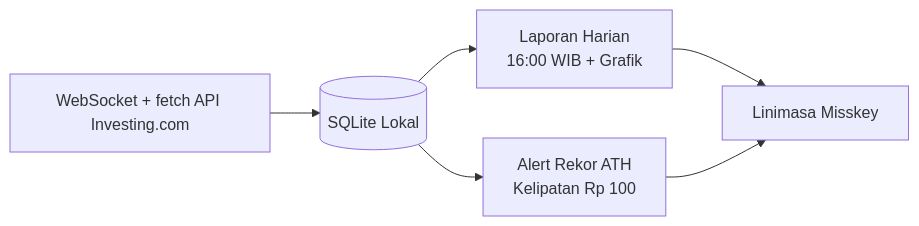
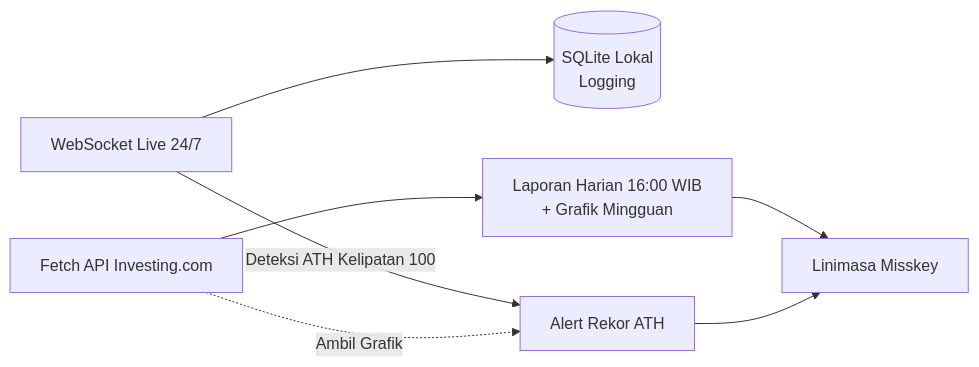
The diagram in README.md (ridzimeko/usdtoidr-misskey), drawn with Mermaid before and after one commit. The commit also changed other lines of this file and 7 other files, not shown here.

Commit message:
refactor: remove fetch API sync, use fetch API on-demand and websocket/db for logging

````diff
--- a/README.md
+++ b/README.md
@@ -7,8 +7,9 @@
 ```mermaid
 flowchart LR
-    A[WebSocket + fetch API Investing.com] --> B[(SQLite Lokal)]
-    B --> C[Laporan Harian<br/>16:00 WIB + Grafik]
-    B --> D[Alert Rekor ATH<br/>Kelipatan Rp 100]
-    C --> E[Linimasa Misskey]
-    D --> E
+    WS[WebSocket Live 24/7] --> DB[(SQLite Lokal<br/>Logging)]
+    WS -->|Deteksi ATH Kelipatan 100| ATH[Alert Rekor ATH]
+    API[Fetch API Investing.com] --> DAILY[Laporan Harian 16:00 WIB<br/>+ Grafik Mingguan]
+    API -.->|Ambil Grafik| ATH
+    DAILY --> MISSKEY[Linimasa Misskey]
+    ATH --> MISSKEY
 ```
````
